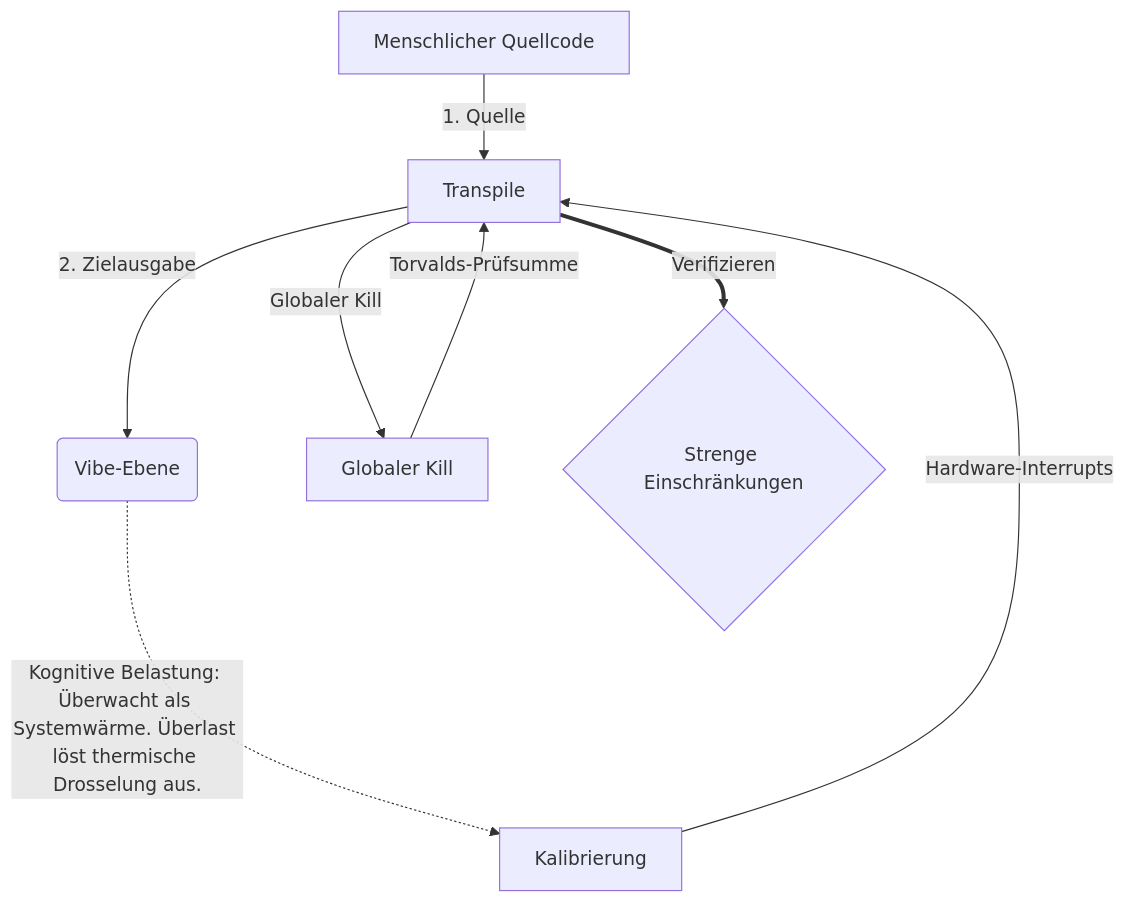
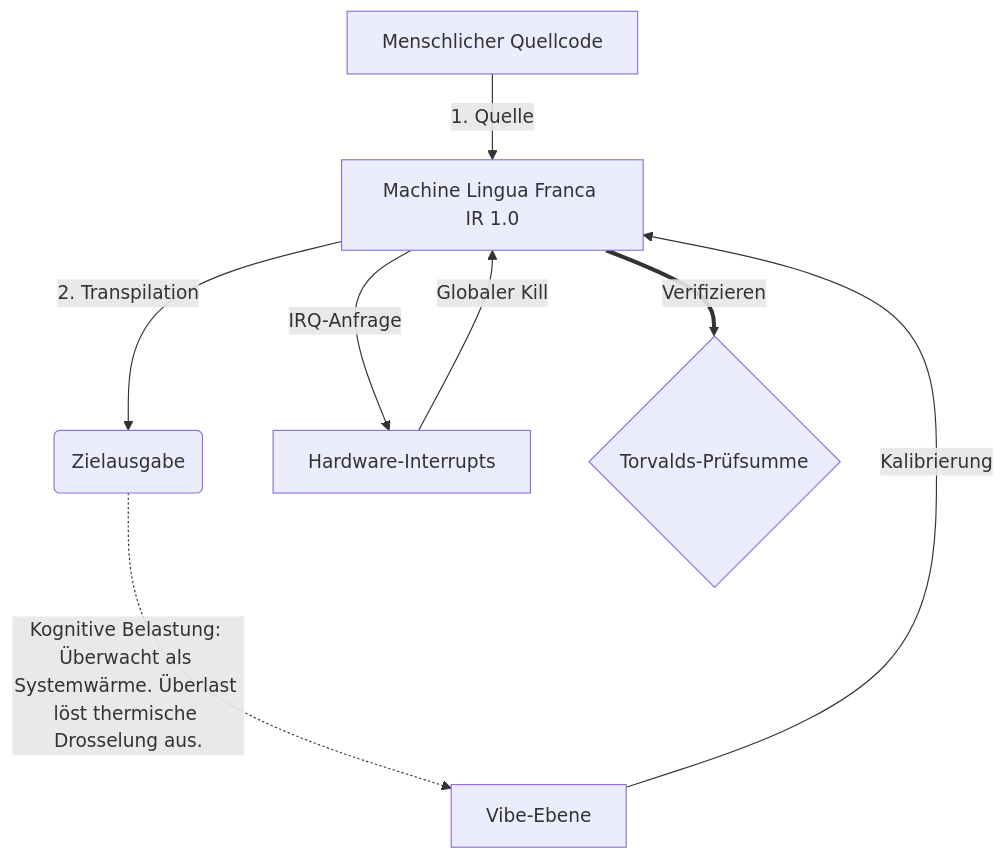
Before and after one commit to 0compute/machine: the diagram in README.student.de.md, drawn with Mermaid. The commit also changed other lines of this file and 103 other files, not shown here.

````diff
--- a/README.student.de.md
+++ b/README.student.de.md
@@ -93,10 +93,10 @@
 ```mermaid
 graph TD
-    A[Menschlicher Quellcode] -->|1. Quelle| B[Transpile]
-    B -->|2. Zielausgabe| C(Vibe-Ebene)
-    C -.->|Kognitive Belastung: Überwacht als Systemwärme. Überlast löst thermische Drosselung aus.| G[Kalibrierung]
-    G -->|Hardware-Interrupts| B
-    B -->|Globaler Kill| H[Globaler Kill]
-    H -->|Torvalds-Prüfsumme| B
-    B == Verifizieren ==> I{Strenge Einschränkungen}
+    A[Menschlicher Quellcode] -->|1. Quelle| B[Machine Lingua Franca IR 1.0]
+    B -->|2. Transpilation| C(Zielausgabe)
+    C -.->|Kognitive Belastung: Überwacht als Systemwärme. Überlast löst thermische Drosselung aus.| G[Vibe-Ebene]
+    G -->|Kalibrierung| B
+    B -->|IRQ-Anfrage| H[Hardware-Interrupts]
+    H -->|Globaler Kill| B
+    B == Verifizieren ==> I{Torvalds-Prüfsumme}
 ```
````
